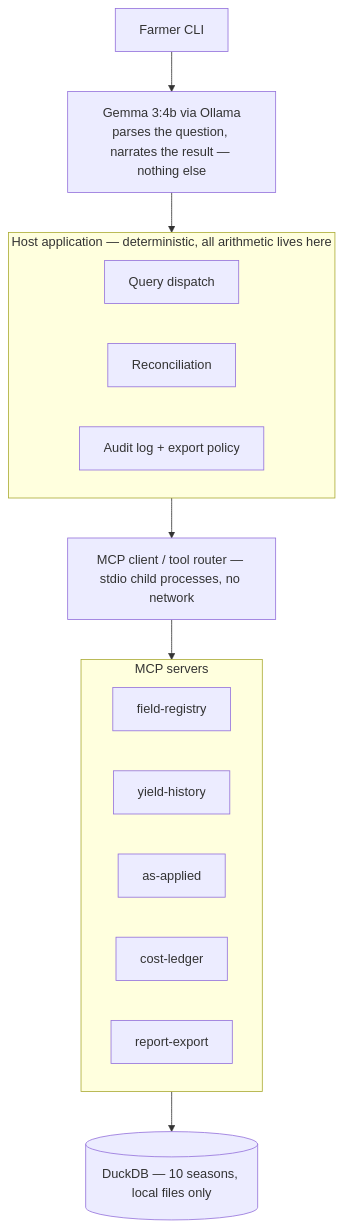
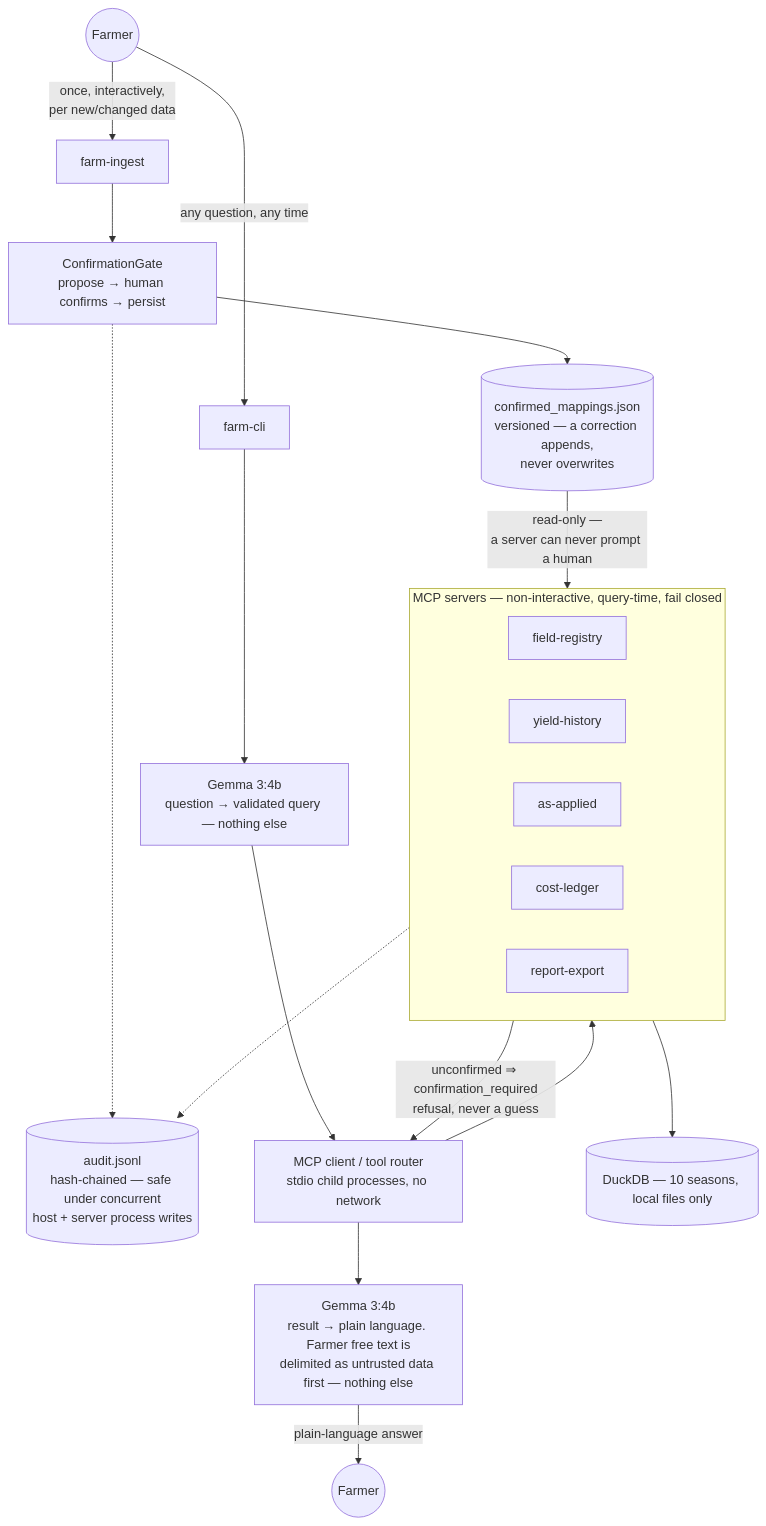
The diagram in README.md (lynnlangit/precision-farm-mcp), drawn with Mermaid before and after one commit. The commit also changed other lines of this file and 23 other files, not shown here.

````diff
--- a/README.md
+++ b/README.md
@@ -15,25 +15,31 @@
 ```mermaid
 flowchart TD
-    CLI["Farmer CLI"]
-    Gemma["Gemma 3:4b via Ollama<br/>parses the question, narrates the result — nothing else"]
+    Farmer(("Farmer"))
 
-    subgraph Host["Host application — deterministic, all arithmetic lives here"]
-        Planner["Query dispatch"]
-        Recon["Reconciliation"]
-        AuditExport["Audit log + export policy"]
-    end
+    Farmer -->|"once, interactively,<br/>per new/changed data"| Ingest["farm-ingest"]
+    Farmer -->|"any question, any time"| CLI["farm-cli"]
 
-    Router["MCP client / tool router — stdio child processes, no network"]
+    Ingest --> Gate["ConfirmationGate<br/>propose → human confirms → persist"]
+    Gate --> Store[("confirmed_mappings.json<br/>versioned — a correction appends,<br/>never overwrites")]
+    Gate -.-> Audit
 
-    subgraph Servers["MCP servers"]
+    CLI --> Parser["Gemma 3:4b<br/>question → validated query — nothing else"]
+    Parser --> Router["MCP client / tool router<br/>stdio child processes, no network"]
+
+    subgraph Servers["MCP servers — non-interactive, query-time, fail closed"]
         FR["field-registry"]
         YH["yield-history"]
         AA["as-applied"]
-        CL["cost-ledger"]
+        CL2["cost-ledger"]
         RE["report-export"]
     end
 
-    DB[("DuckDB — 10 seasons, local files only")]
+    Router --> Servers
+    Store -->|"read-only —<br/>a server can never prompt a human"| Servers
+    Servers -->|"unconfirmed ⇒ confirmation_required<br/>refusal, never a guess"| Router
+    Servers --> DB[("DuckDB — 10 seasons, local files only")]
+    Servers -.-> Audit[("audit.jsonl<br/>hash-chained — safe under concurrent<br/>host + server process writes")]
 
-    CLI --> Gemma --> Host --> Router --> Servers --> DB
+    Router --> Narrator["Gemma 3:4b<br/>result → plain language. Farmer free text is<br/>delimited as untrusted data first — nothing else"]
+    Narrator -->|"plain-language answer"| Answer(("Farmer"))
 ```
````
